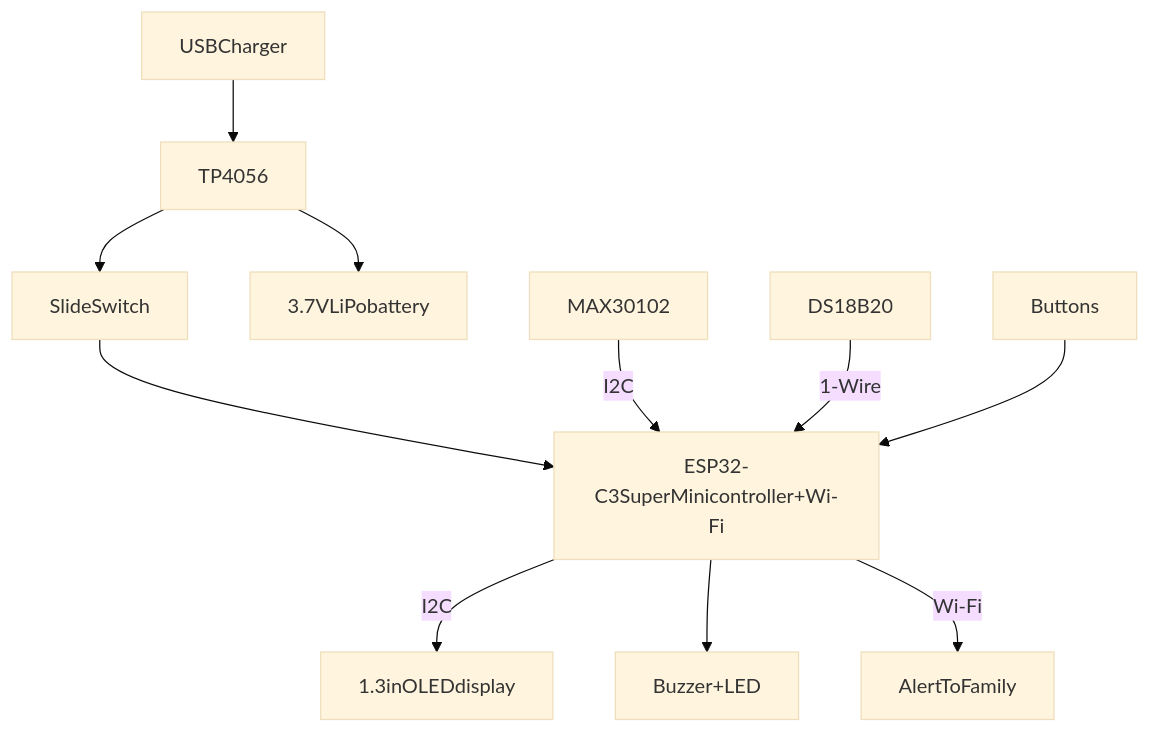
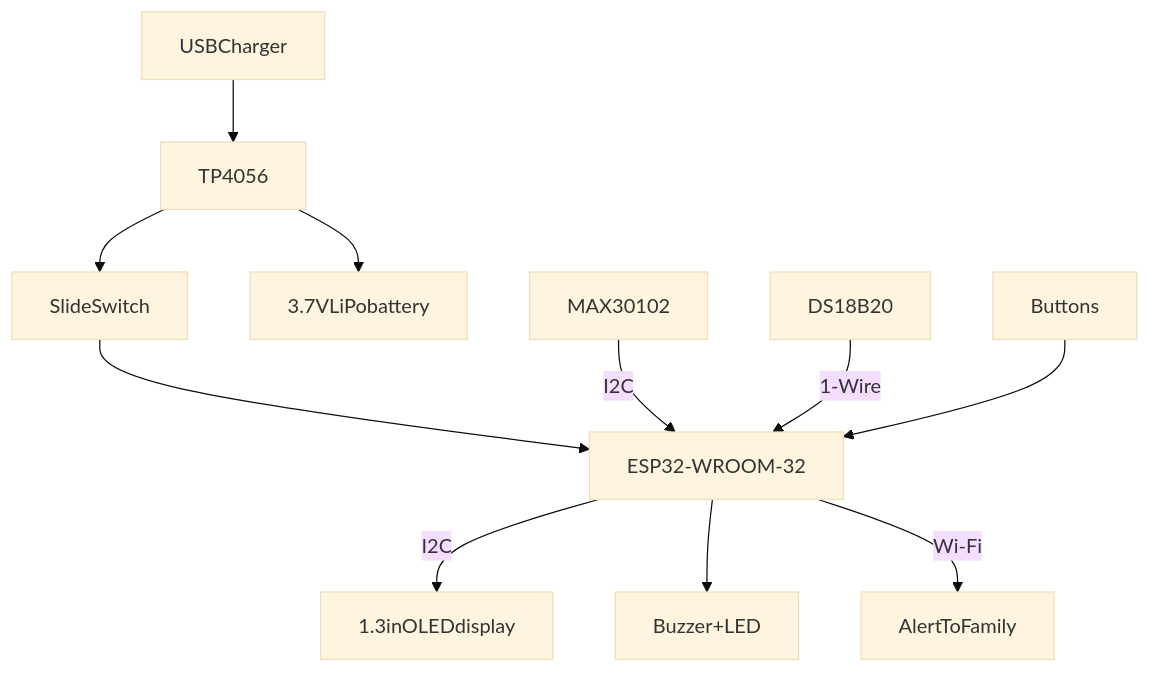
Before and after one commit to MattOr-Creations/SaludWatch: the diagram in README.md, drawn with Mermaid (base theme).

````diff
--- a/README.md
+++ b/README.md
@@ -21,13 +21,13 @@
 ```mermaid
 graph TD;
     USBCharger-->TP4056;
     TP4056-->SlideSwitch;
     TP4056-->3.7VLiPobattery
-    SlideSwitch-->ESP32-C3SuperMinicontroller+Wi-Fi;
-    MAX30102-->|I2C|ESP32-C3SuperMinicontroller+Wi-Fi;
-    DS18B20-->|1-Wire|ESP32-C3SuperMinicontroller+Wi-Fi;
-    Buttons-->ESP32-C3SuperMinicontroller+Wi-Fi;
-    ESP32-C3SuperMinicontroller+Wi-Fi-->|I2C|1.3inOLEDdisplay;
-    ESP32-C3SuperMinicontroller+Wi-Fi-->Buzzer+LED;
-    ESP32-C3SuperMinicontroller+Wi-Fi-->|Wi-Fi|AlertToFamily;
+    SlideSwitch-->ESP32-WROOM-32;
+    MAX30102-->|I2C|ESP32-WROOM-32;
+    DS18B20-->|1-Wire|ESP32-WROOM-32;
+    Buttons-->ESP32-WROOM-32;
+    ESP32-WROOM-32-->|I2C|1.3inOLEDdisplay;
+    ESP32-WROOM-32-->Buzzer+LED;
+    ESP32-WROOM-32-->|Wi-Fi|AlertToFamily;
 ```
````
